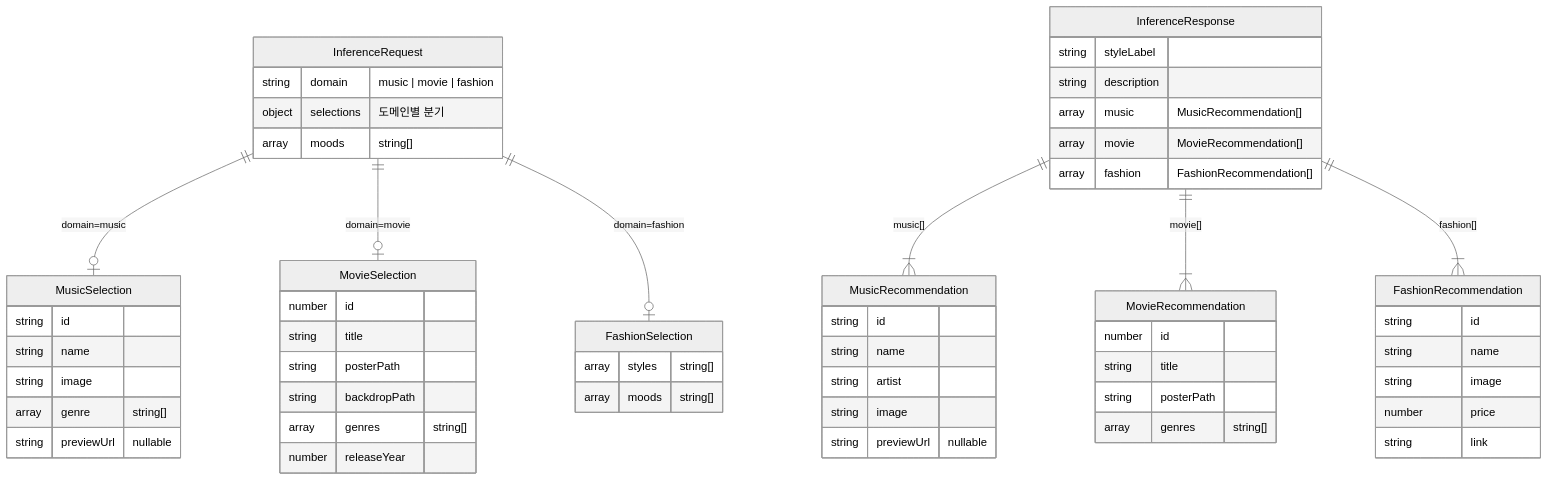
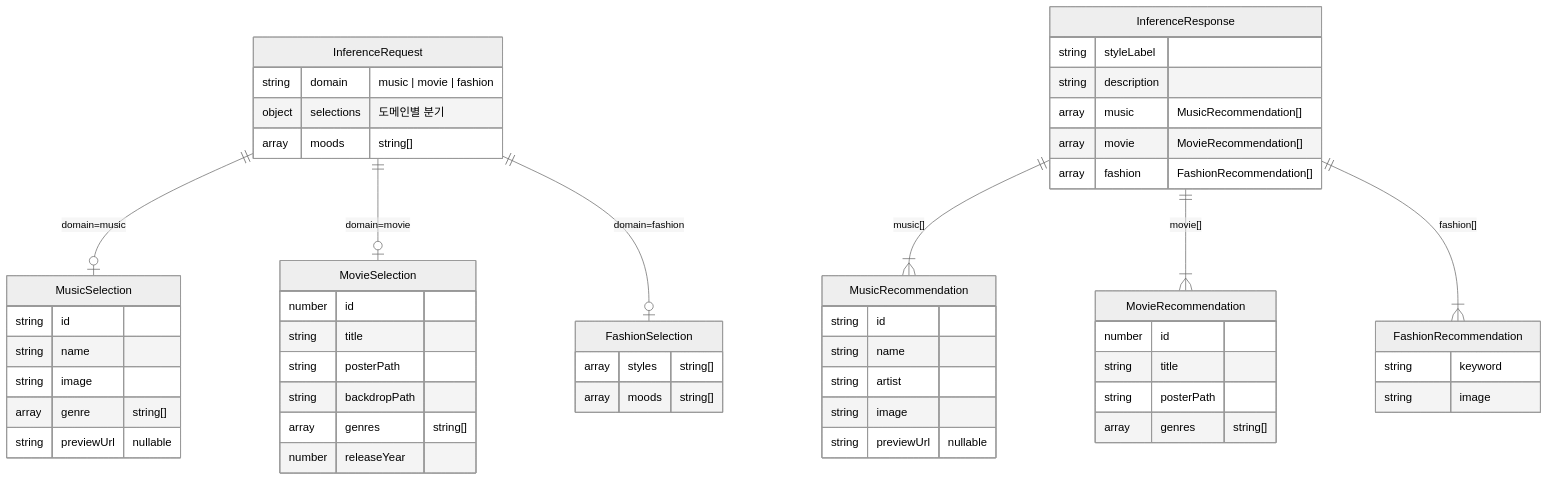
The diagram in docs/inference-schema.md (Style-Sync/stylesync), drawn with Mermaid (neutral theme) before and after one commit. The commit also changed other lines of this file, not shown here.

Commit message:
docs: #52 FashionRecommendation EDD keyword·image 구조로 갱신

````diff
--- a/docs/inference-schema.md
+++ b/docs/inference-schema.md
@@ -25,68 +25,65 @@
 ```mermaid
 erDiagram
     InferenceRequest {
         string  domain       "music | movie | fashion"
         object  selections   "도메인별 분기"
         array   moods        "string[]"
     }
 
     MusicSelection {
         string  id
         string  name
         string  image
         array   genre        "string[]"
         string  previewUrl   "nullable"
     }
 
     MovieSelection {
         number  id
         string  title
         string  posterPath
         string  backdropPath
         array   genres       "string[]"
         number  releaseYear
     }
 
     FashionSelection {
         array   styles       "string[]"
         array   moods        "string[]"
     }
 
     InferenceResponse {
         string  styleLabel
         string  description
         array   music        "MusicRecommendation[]"
         array   movie        "MovieRecommendation[]"
         array   fashion      "FashionRecommendation[]"
     }
 
     MusicRecommendation {
         string  id
         string  name
         string  artist
         string  image
         string  previewUrl   "nullable"
     }
 
     MovieRecommendation {
         number  id
         string  title
         string  posterPath
         array   genres       "string[]"
     }
 
     FashionRecommendation {
-        string  id
-        string  name
+        string  keyword
         string  image
-        number  price
-        string  link
     }
 
     InferenceRequest ||--o| MusicSelection    : "domain=music"
     InferenceRequest ||--o| MovieSelection    : "domain=movie"
     InferenceRequest ||--o| FashionSelection  : "domain=fashion"
     InferenceResponse ||--|{ MusicRecommendation   : "music[]"
     InferenceResponse ||--|{ MovieRecommendation   : "movie[]"
     InferenceResponse ||--|{ FashionRecommendation : "fashion[]"
 ```
````
